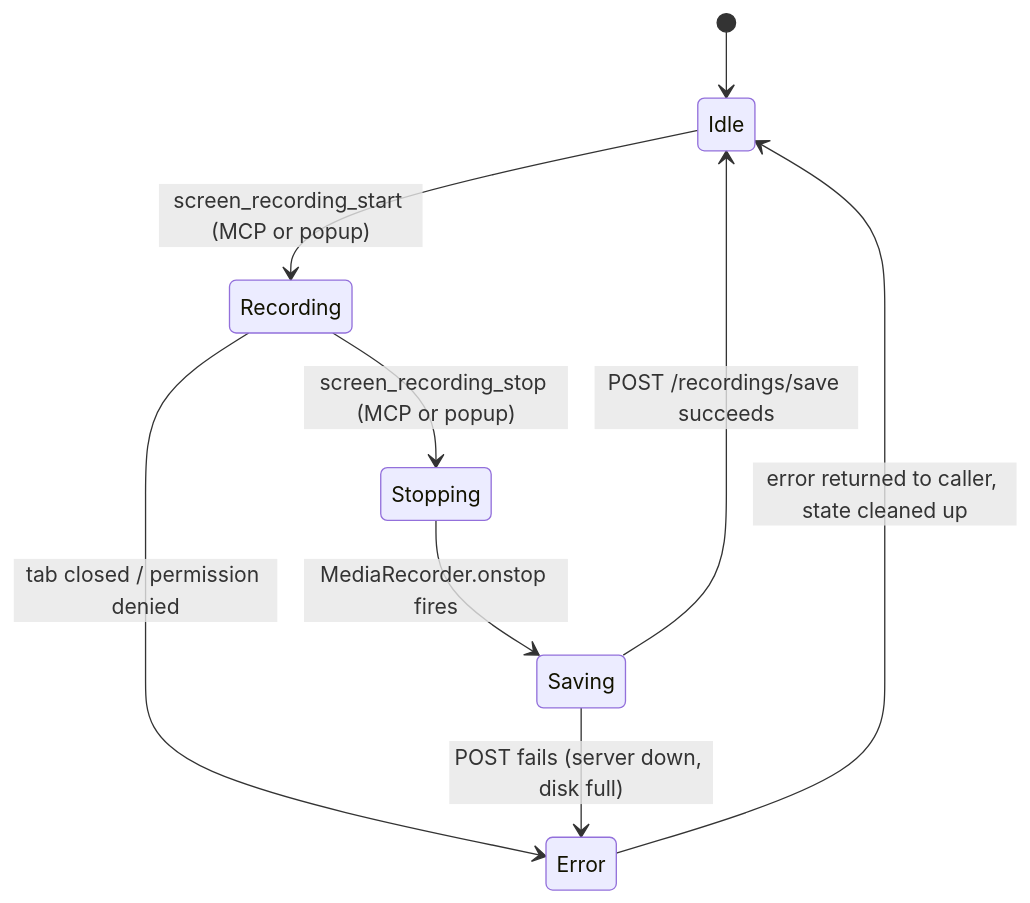
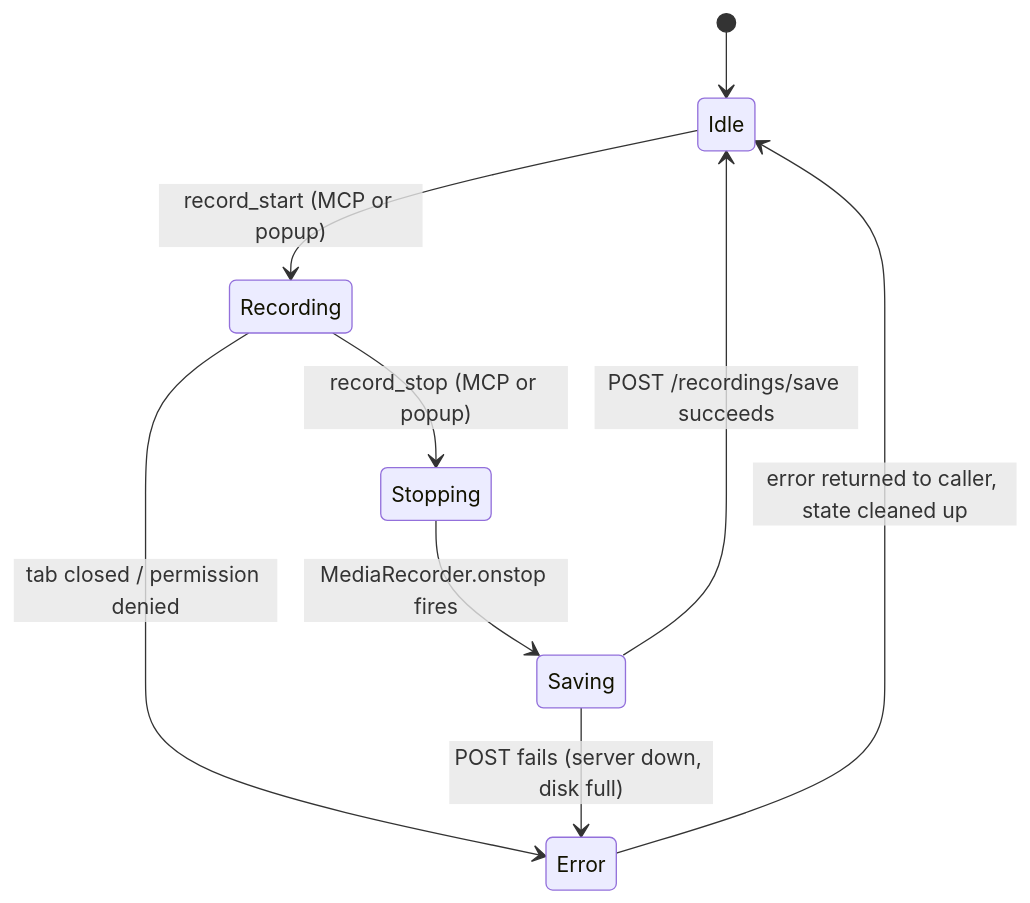
One commit to brennhill/gasoline-mcp-ai-devtools changed the fourth of 10 diagrams in docs/features/feature/tab-recording/tech-spec.md. Above: the diagram before and after it, drawn with Mermaid. The commit also changed other lines of this file and 3387 other files, not shown here.

````diff
--- a/docs/features/feature/tab-recording/tech-spec.md
+++ b/docs/features/feature/tab-recording/tech-spec.md
@@ -465,12 +463,12 @@
 ```mermaid
 stateDiagram-v2
     [*] --> Idle
 
-    Idle --> Recording: screen_recording_start (MCP or popup)
-    Recording --> Stopping: screen_recording_stop (MCP or popup)
+    Idle --> Recording: record_start (MCP or popup)
+    Recording --> Stopping: record_stop (MCP or popup)
     Recording --> Error: tab closed / permission denied
     Stopping --> Saving: MediaRecorder.onstop fires
     Saving --> Idle: POST /recordings/save succeeds
     Saving --> Error: POST fails (server down, disk full)
     Error --> Idle: error returned to caller, state cleaned up
 ```
````
